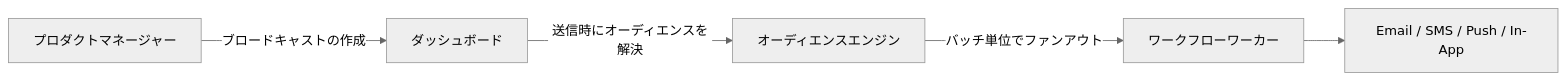
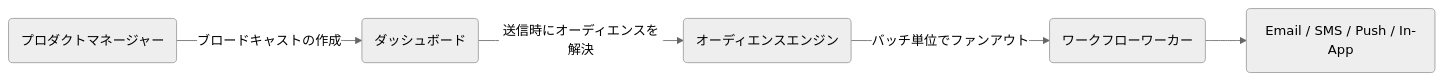
Before and after one commit to KriyanshKhunt/nexus_docs: the diagram in content/docs/ja/platform/features/broadcasts.mdx, drawn with Mermaid (neutral theme). The commit also changed 20 other files, not shown here.

Commit message:
Handle ja Mermaid charts

````diff
--- a/content/docs/ja/platform/features/broadcasts.mdx
+++ b/content/docs/ja/platform/features/broadcasts.mdx
@@ -19,7 +19,7 @@
 ```mermaid
 flowchart LR
-  PM[プロダクトマネージャー] -->|ブロードキャストの作成| Dash[ダッシュボード]
-  Dash -->|送信時にオーディエンスを解決| Aud[オーディエンスエンジン]
-  Aud -->|バッチ単位でファンアウト| Worker[ワークフローワーカー]
-  Worker --> Ch[Email / SMS / Push / In-App]
+  PM(プロダクトマネージャー) -->|ブロードキャストの作成| Dash(ダッシュボード)
+  Dash -->|送信時にオーディエンスを解決| Aud(オーディエンスエンジン)
+  Aud -->|バッチ単位でファンアウト| Worker(ワークフローワーカー)
+  Worker --> Ch(Email / SMS / Push / In-App)
 ```
````
